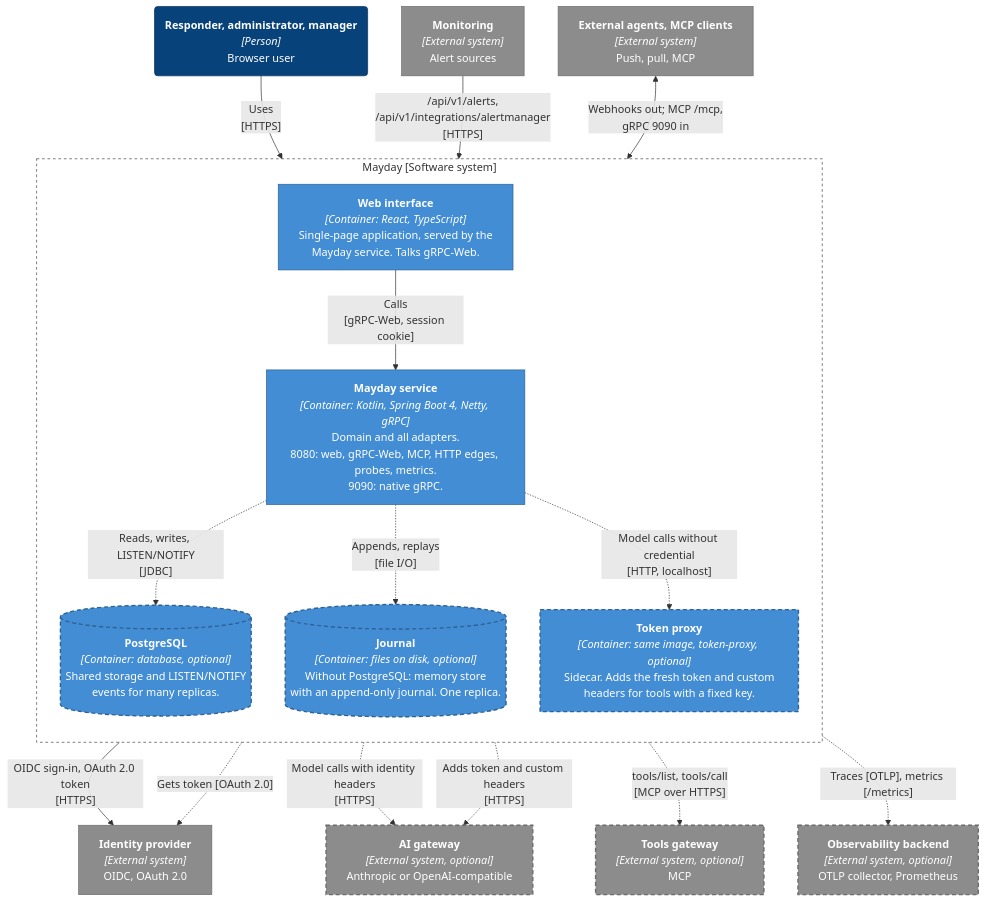
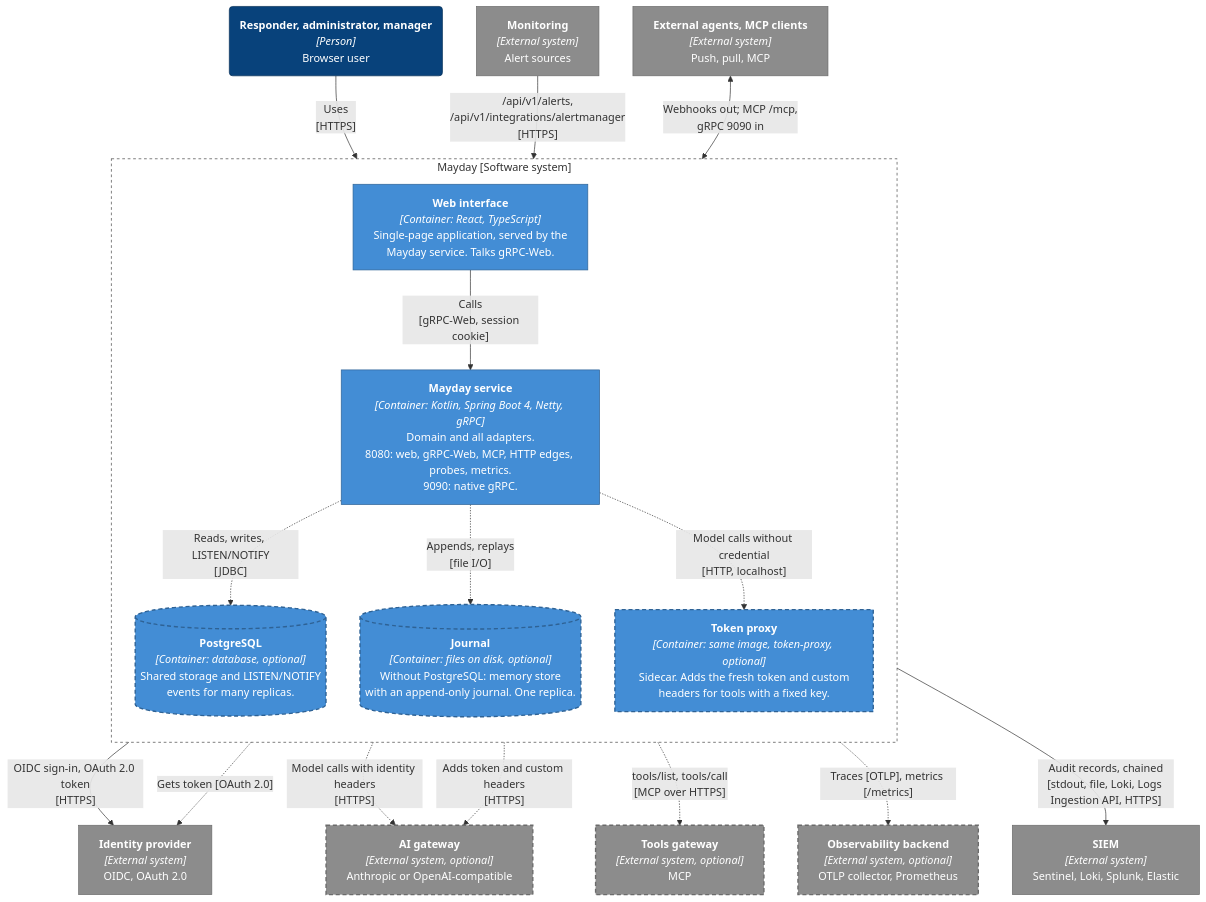
The second of 8 diagrams in docs/c4.md (gigabrain-ideas/mayday), drawn with Mermaid before and after one commit. The commit also changed other lines of this file and 55 other files, not shown here.

````diff
--- a/docs/c4.md
+++ b/docs/c4.md
@@ -65,44 +68,46 @@
 ```mermaid
 %%{init: {"flowchart": {"wrappingWidth": 320}}}%%
 flowchart TB
   user("<b>Responder, administrator, manager</b><br/><i>[Person]</i><br/>Browser user")
   monitoring["<b>Monitoring</b><br/><i>[External system]</i><br/>Alert sources"]
   agents["<b>External agents, MCP clients</b><br/><i>[External system]</i><br/>Push, pull, MCP"]
   subgraph mayday["Mayday [Software system]"]
     direction TB
     web["<b>Web interface</b><br/><i>[Container: React, TypeScript]</i><br/>Single-page application, served by the<br/>Mayday service. Talks gRPC-Web."]
     svc["<b>Mayday service</b><br/><i>[Container: Kotlin, Spring Boot 4, Netty, gRPC]</i><br/>Domain and all adapters.<br/>8080: web, gRPC-Web, MCP, HTTP edges, probes, metrics.<br/>9090: native gRPC."]
     pg[("<b>PostgreSQL</b><br/><i>[Container: database, optional]</i><br/>Shared storage and LISTEN/NOTIFY<br/>events for many replicas.")]
     journal[("<b>Journal</b><br/><i>[Container: files on disk, optional]</i><br/>Without PostgreSQL: memory store<br/>with an append-only journal. One replica.")]
     proxy["<b>Token proxy</b><br/><i>[Container: same image, token-proxy, optional]</i><br/>Sidecar. Adds the fresh token and custom<br/>headers for tools with a fixed key."]
   end
   idp["<b>Identity provider</b><br/><i>[External system]</i><br/>OIDC, OAuth 2.0"]
   aigw["<b>AI gateway</b><br/><i>[External system, optional]</i><br/>Anthropic or OpenAI-compatible"]
   toolsgw["<b>Tools gateway</b><br/><i>[External system, optional]</i><br/>MCP"]
   otel["<b>Observability backend</b><br/><i>[External system, optional]</i><br/>OTLP collector, Prometheus"]
+  siem["<b>SIEM</b><br/><i>[External system]</i><br/>Sentinel, Loki, Splunk, Elastic"]
   user -- "Uses<br/>[HTTPS]" --> web
   web -- "Calls<br/>[gRPC-Web, session cookie]" --> svc
   monitoring -- "/api/v1/alerts,<br/>/api/v1/integrations/alertmanager<br/>[HTTPS]" --> svc
   agents <-- "Webhooks out; MCP /mcp,<br/>gRPC 9090 in" --> svc
   svc -. "Reads, writes, LISTEN/NOTIFY<br/>[JDBC]" .-> pg
   svc -. "Appends, replays<br/>[file I/O]" .-> journal
   svc -- "OIDC sign-in, OAuth 2.0 token<br/>[HTTPS]" --> idp
   svc -. "Model calls with identity headers<br/>[HTTPS]" .-> aigw
   svc -. "Model calls without credential<br/>[HTTP, localhost]" .-> proxy
   proxy -. "Adds token and custom headers<br/>[HTTPS]" .-> aigw
   proxy -. "Gets token [OAuth 2.0]" .-> idp
   svc -. "tools/list, tools/call<br/>[MCP over HTTPS]" .-> toolsgw
   svc -. "Traces [OTLP], metrics [/metrics]" .-> otel
+  svc -- "Audit records, chained<br/>[stdout, file, Loki, Logs Ingestion API, HTTPS]" --> siem
   classDef person fill:#08427b,stroke:#052e56,color:#fff
   classDef system fill:#1168bd,stroke:#0b4884,color:#fff
   classDef container fill:#438dd5,stroke:#2e6295,color:#fff
   classDef component fill:#85bbf0,stroke:#5d82a8,color:#000
   classDef ext fill:#8c8c8c,stroke:#6b6b6b,color:#fff
   classDef optional stroke-dasharray:6 4,stroke-width:2px
   classDef boundary fill:none,stroke:#444,stroke-dasharray:4 4
   class user person
   class web,svc,pg,journal,proxy container
-  class monitoring,agents,idp,aigw,toolsgw,otel ext
+  class monitoring,agents,idp,aigw,toolsgw,otel,siem ext
   class pg,journal,proxy,aigw,toolsgw,otel optional
   class mayday boundary
 ```
````
